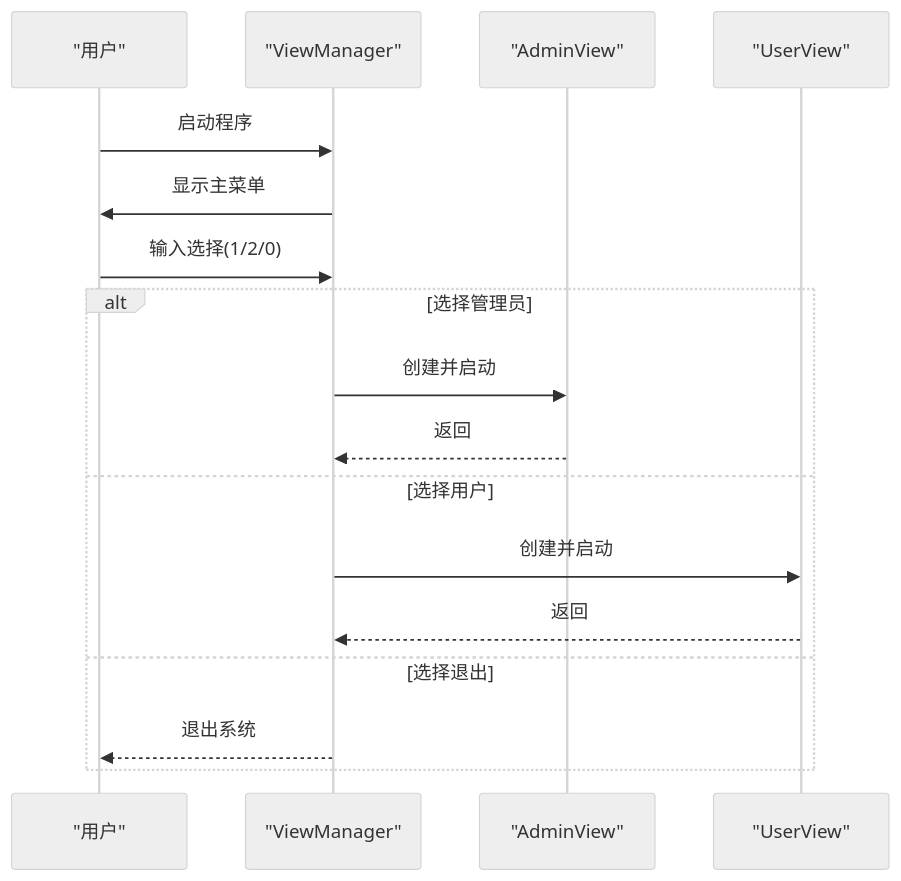
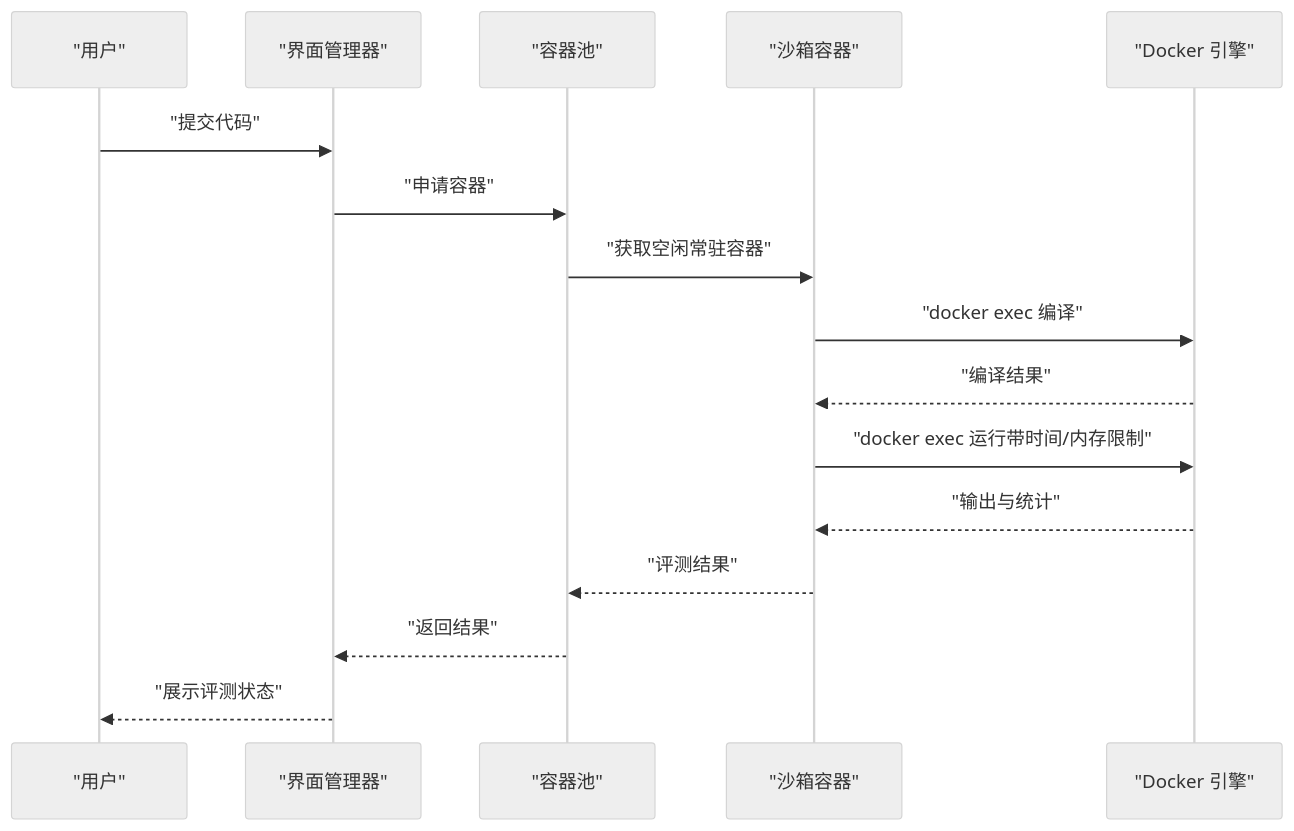
The fifth of 5 diagrams in .qoder/repowiki/zh/content/快速开始.md (jinpeng900/OJ-Test), drawn with Mermaid (neutral theme) before and after one commit. The commit also changed other lines of this file and 126 other files, not shown here.

````diff
--- a/.qoder/repowiki/zh/content/快速开始.md
+++ b/.qoder/repowiki/zh/content/快速开始.md
@@ -176,19 +299,18 @@
 ```mermaid
 sequenceDiagram
 participant U as "用户"
-participant VM as "ViewManager"
-participant AV as "AdminView"
-participant UV as "UserView"
-U->>VM : 启动程序
-VM->>U : 显示主菜单
-U->>VM : 输入选择(1/2/0)
-alt 选择管理员
-VM->>AV : 创建并启动
-AV-->>VM : 返回
-else 选择用户
-VM->>UV : 创建并启动
-UV-->>VM : 返回
-else 选择退出
-VM-->>U : 退出系统
-end
+participant VM as "界面管理器"
+participant CP as "容器池"
+participant SC as "沙箱容器"
+participant DK as "Docker 引擎"
+U->>VM : "提交代码"
+VM->>CP : "申请容器"
+CP->>SC : "获取空闲常驻容器"
+SC->>DK : "docker exec 编译"
+DK-->>SC : "编译结果"
+SC->>DK : "docker exec 运行带时间/内存限制"
+DK-->>SC : "输出与统计"
+SC-->>CP : "评测结果"
+CP-->>VM : "返回结果"
+VM-->>U : "展示评测状态"
 ```
````
